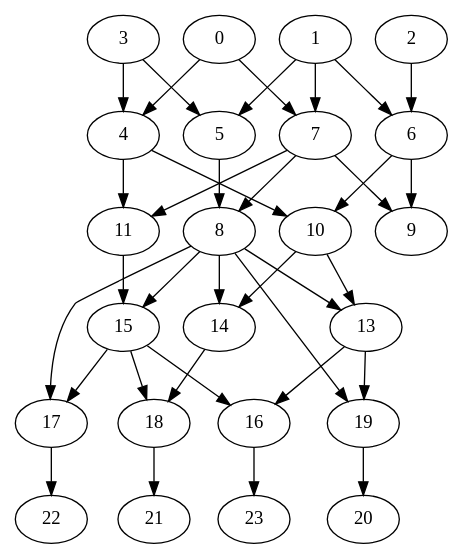
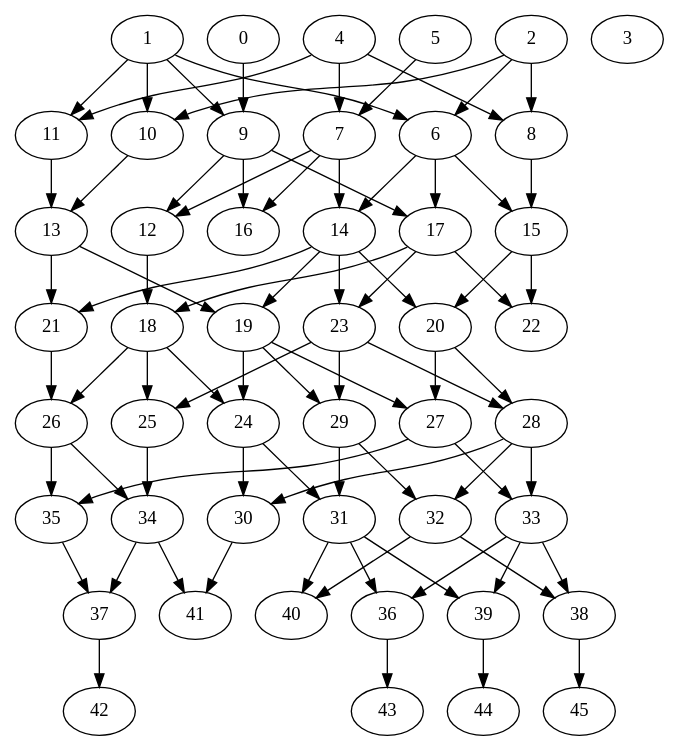
Before and after one commit to Ajax12345/protestGP: the diagram in test.dot, drawn with Graphviz. The commit also changed 11 other files, not shown here.

```diff
--- a/test.dot
+++ b/test.dot
@@ -1,59 +1,124 @@
 strict digraph "" {
 	0	[layer=1];
-	4	[layer=2];
-	0 -> 4;
-	7	[layer=2];
-	0 -> 7;
+	9	[layer=2];
+	0 -> 9;
 	1	[layer=1];
-	5	[layer=2];
-	1 -> 5;
 	6	[layer=2];
 	1 -> 6;
-	1 -> 7;
+	1 -> 9;
+	10	[layer=2];
+	1 -> 10;
+	11	[layer=2];
+	1 -> 11;
 	2	[layer=1];
 	2 -> 6;
+	8	[layer=2];
+	2 -> 8;
+	2 -> 10;
 	3	[layer=1];
-	3 -> 4;
-	3 -> 5;
-	10	[layer=3];
-	4 -> 10;
-	11	[layer=3];
+	4	[layer=1];
+	7	[layer=2];
+	4 -> 7;
+	4 -> 8;
 	4 -> 11;
-	8	[layer=3];
-	5 -> 8;
-	9	[layer=3];
-	6 -> 9;
-	6 -> 10;
-	7 -> 8;
-	7 -> 9;
-	7 -> 11;
-	13	[layer=4];
-	8 -> 13;
-	14	[layer=4];
-	8 -> 14;
-	15	[layer=4];
+	5	[layer=1];
+	5 -> 7;
+	14	[layer=3];
+	6 -> 14;
+	15	[layer=3];
+	6 -> 15;
+	17	[layer=3];
+	6 -> 17;
+	12	[layer=3];
+	7 -> 12;
+	7 -> 14;
+	16	[layer=3];
+	7 -> 16;
 	8 -> 15;
-	17	[layer=5];
-	8 -> 17;
-	19	[layer=5];
-	8 -> 19;
+	9 -> 12;
+	9 -> 16;
+	9 -> 17;
+	13	[layer=3];
 	10 -> 13;
-	10 -> 14;
-	11 -> 15;
-	16	[layer=5];
-	13 -> 16;
+	11 -> 13;
+	18	[layer=4];
+	12 -> 18;
+	19	[layer=4];
 	13 -> 19;
-	18	[layer=5];
-	14 -> 18;
-	15 -> 16;
-	15 -> 17;
-	15 -> 18;
-	23	[layer=6];
-	16 -> 23;
-	22	[layer=6];
+	21	[layer=4];
+	13 -> 21;
+	14 -> 19;
+	20	[layer=4];
+	14 -> 20;
+	14 -> 21;
+	23	[layer=4];
+	14 -> 23;
+	15 -> 20;
+	22	[layer=4];
+	15 -> 22;
+	17 -> 18;
 	17 -> 22;
-	21	[layer=6];
-	18 -> 21;
-	20	[layer=6];
-	19 -> 20;
+	17 -> 23;
+	24	[layer=5];
+	18 -> 24;
+	25	[layer=5];
+	18 -> 25;
+	26	[layer=5];
+	18 -> 26;
+	19 -> 24;
+	27	[layer=5];
+	19 -> 27;
+	29	[layer=5];
+	19 -> 29;
+	20 -> 27;
+	28	[layer=5];
+	20 -> 28;
+	21 -> 26;
+	23 -> 25;
+	23 -> 28;
+	23 -> 29;
+	30	[layer=6];
+	24 -> 30;
+	31	[layer=6];
+	24 -> 31;
+	34	[layer=6];
+	25 -> 34;
+	26 -> 34;
+	35	[layer=6];
+	26 -> 35;
+	33	[layer=6];
+	27 -> 33;
+	27 -> 35;
+	28 -> 30;
+	32	[layer=6];
+	28 -> 32;
+	28 -> 33;
+	29 -> 31;
+	29 -> 32;
+	41	[layer=7];
+	30 -> 41;
+	36	[layer=7];
+	31 -> 36;
+	39	[layer=7];
+	31 -> 39;
+	40	[layer=7];
+	31 -> 40;
+	38	[layer=7];
+	32 -> 38;
+	32 -> 40;
+	33 -> 36;
+	33 -> 38;
+	33 -> 39;
+	37	[layer=7];
+	34 -> 37;
+	34 -> 41;
+	35 -> 37;
+	43	[layer=8];
+	36 -> 43;
+	42	[layer=8];
+	37 -> 42;
+	45	[layer=8];
+	38 -> 45;
+	44	[layer=8];
+	39 -> 44;
 }
```
